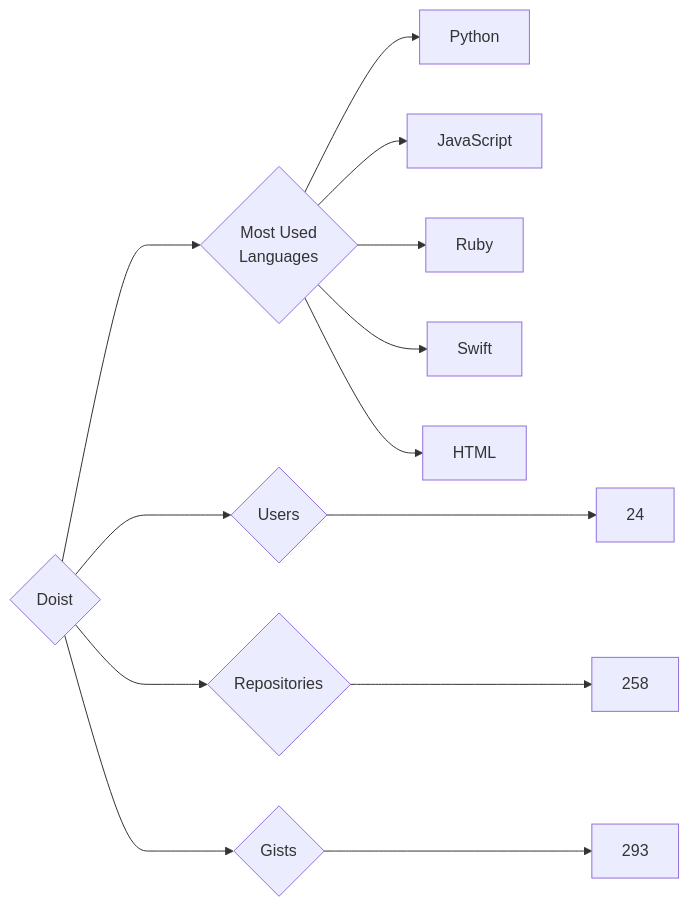
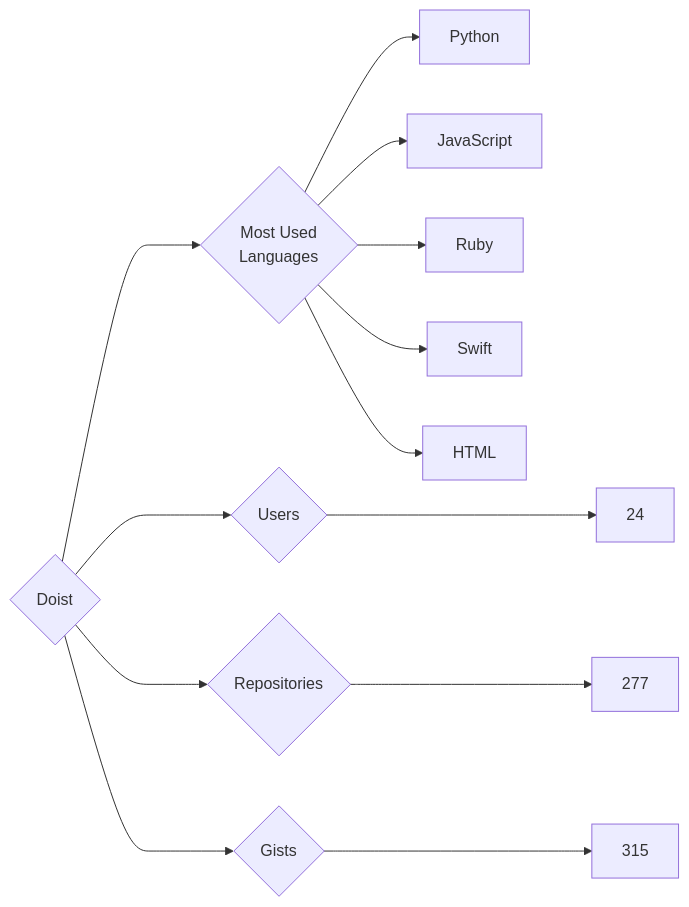
The diagram in targets/Doist/README.md (trickest/insiders), drawn with Mermaid before and after one commit. The commit also changed 688 other files, not shown here.

````diff
--- a/targets/Doist/README.md
+++ b/targets/Doist/README.md
@@ -3,13 +3,13 @@
 ```mermaid
 graph LR
 COMPANY_NAME{Doist}
 COMPANY_NAME ---> U{Users} ---> UN[24]
-COMPANY_NAME ---> R{Repositories} ---> RN[258]
-COMPANY_NAME ---> G{Gists} ---> GN[293]
+COMPANY_NAME ---> R{Repositories} ---> RN[277]
+COMPANY_NAME ---> G{Gists} ---> GN[315]
 COMPANY_NAME ---> ML{Most Used<br>Languages}
 ML --> Python[Python]
 ML --> JavaScript[JavaScript]
 ML --> Ruby[Ruby]
 ML --> Swift[Swift]
 ML --> HTML[HTML]
 ```
````
